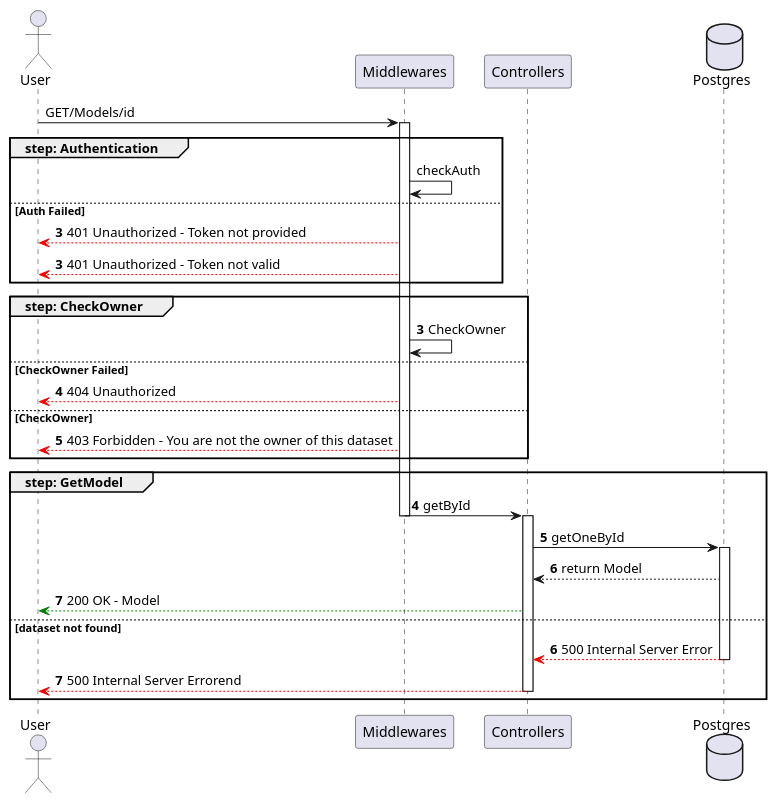
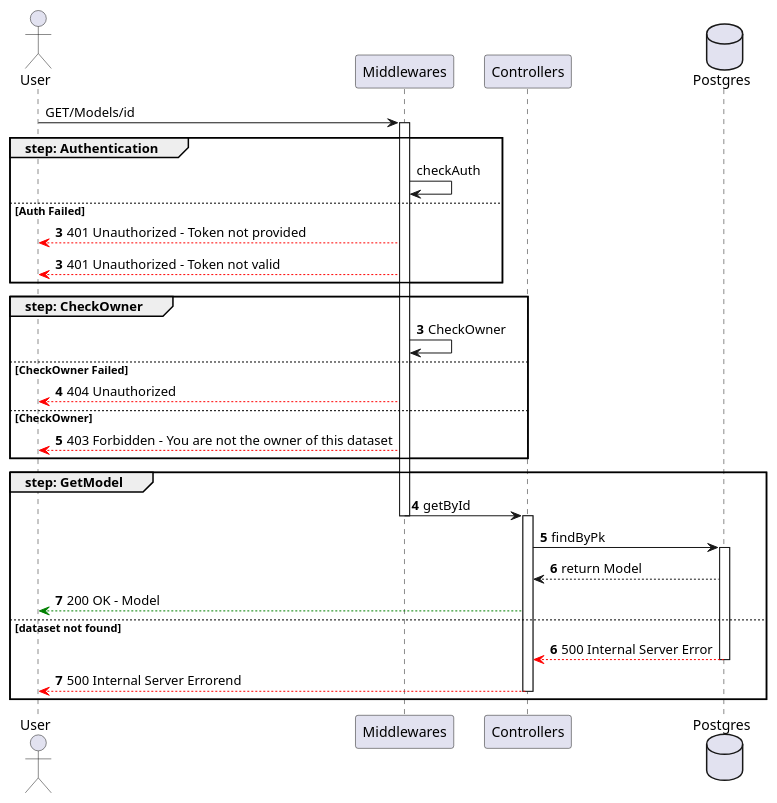
The diagram in sequence_diagrams/models/GetModel.puml (ShadowWalker1411/ProgrammazioneAvanzataREPO), drawn with PlantUML before and after one commit. The commit also changed 34 other files, not shown here.

```diff
--- a/sequence_diagrams/models/GetModel.puml
+++ b/sequence_diagrams/models/GetModel.puml
@@ -1,39 +1,39 @@
 @startuml
 
 actor User
 
 participant Middlewares
 participant Controllers
 database Postgres
 
 User -> Middlewares ++: GET/Models/id
 group step: Authentication
     Middlewares -> Middlewares : checkAuth
 else Auth Failed
     autonumber 3
     Middlewares --[#red]> User : 401 Unauthorized - Token not provided
     autonumber 3
     Middlewares --[#red]> User : 401 Unauthorized - Token not valid
 end
 group step: CheckOwner 
     autonumber 3
     Middlewares -> Middlewares : CheckOwner 
 else CheckOwner Failed
 autonumber 4
     Middlewares --[#red]> User : 404 Unauthorized
 else CheckOwner 
     Middlewares --[#red]> User : 403 Forbidden - You are not the owner of this dataset
 end
 autonumber 4
 group step: GetModel
     Middlewares -> Controllers --++: getById
-    Controllers -> Postgres ++: getOneById
+    Controllers -> Postgres ++: findByPk
     Postgres --> Controllers : return Model
     Controllers --[#green]> User : 200 OK - Model
 else dataset not found
     autonumber 6
     Postgres --[#red]> Controllers --: 500 Internal Server Error
     Controllers --[#red]> User --: 500 Internal Server Errorend
 end
 
 @enduml
```
